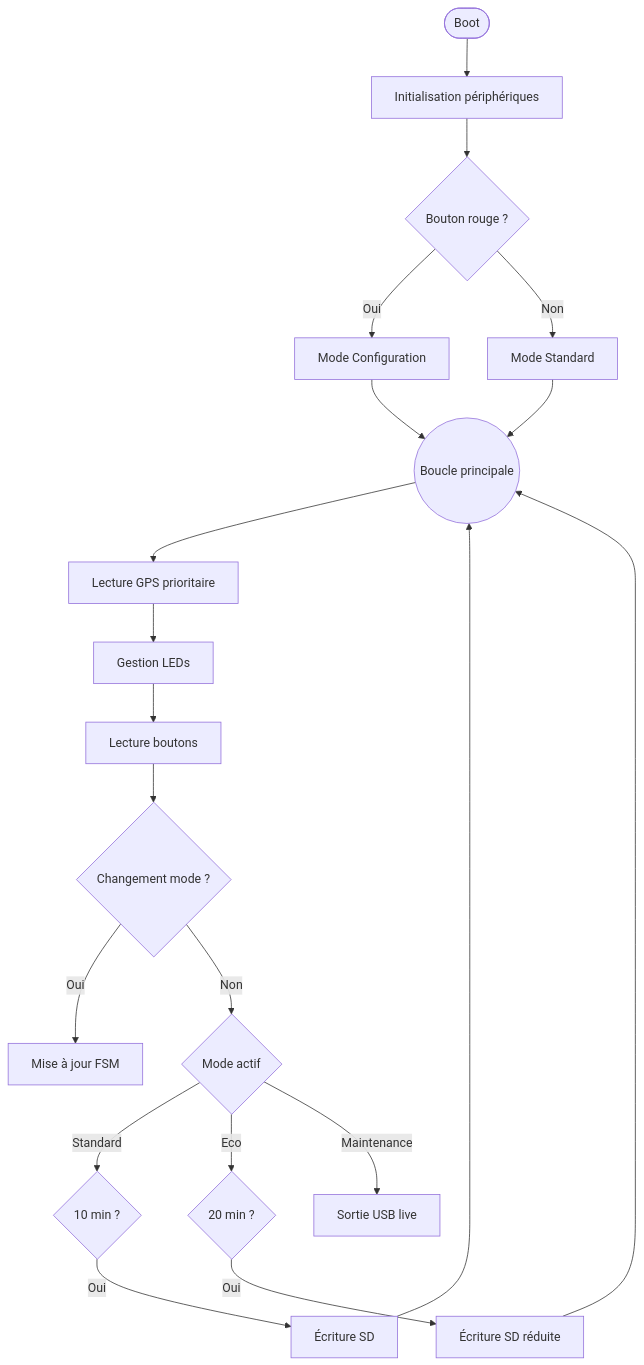
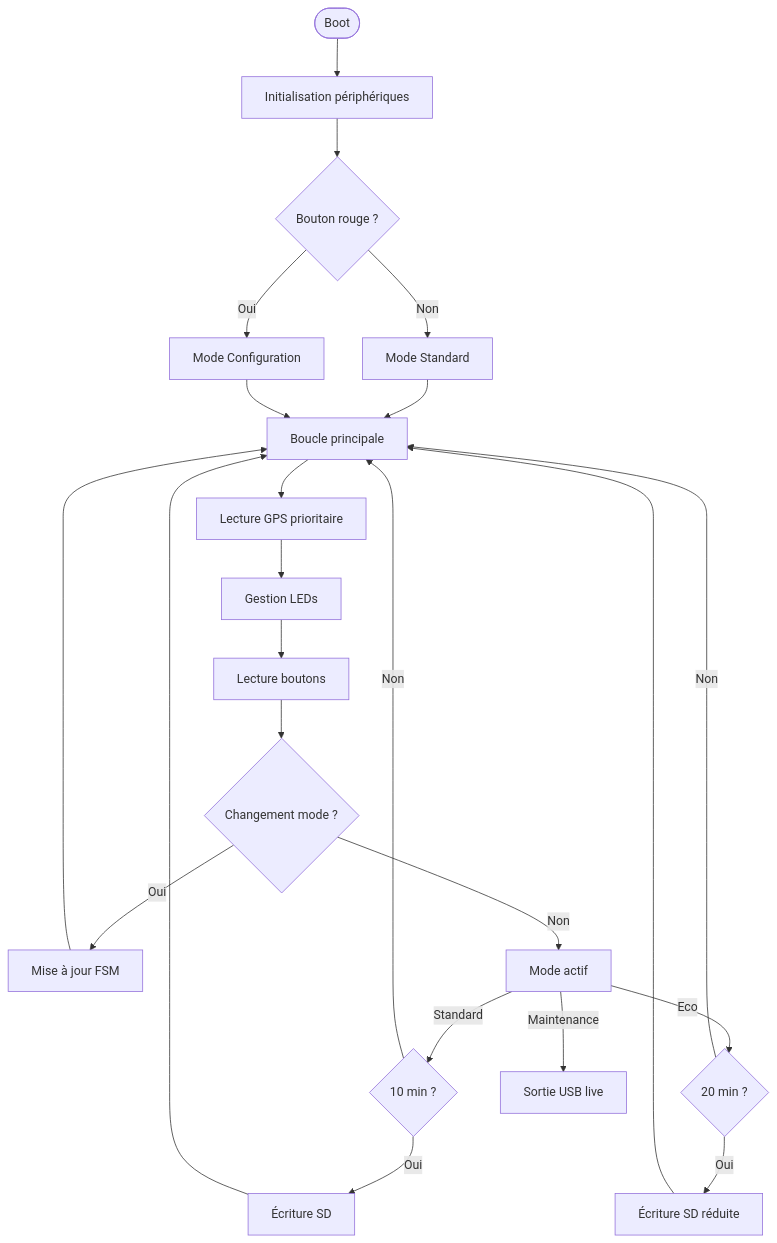
The second of 3 diagrams in README.md (elmatador778/Worldwide-Weather-Watcher), drawn with Mermaid before and after one commit.

````diff
--- a/README.md
+++ b/README.md
@@ -58,33 +58,34 @@
 ```mermaid
 flowchart TD
-
     START([Boot]) --> INIT[Initialisation périphériques]
     INIT --> CHECK{Bouton rouge ?}
 
     CHECK -- Oui --> CONFIG[Mode Configuration]
     CHECK -- Non --> STANDARD[Mode Standard]
 
-    STANDARD --> LOOP((Boucle principale))
+    STANDARD --> LOOP[Boucle principale]
     CONFIG --> LOOP
 
     LOOP --> GPS[Lecture GPS prioritaire]
     GPS --> LED[Gestion LEDs]
     LED --> BTN[Lecture boutons]
 
     BTN --> MODE{Changement mode ?}
     MODE -- Oui --> SWITCH[Mise à jour FSM]
-    MODE -- Non --> EXEC
-
-    EXEC{Mode actif}
+    MODE -- Non --> EXEC[Mode actif]
 
     EXEC -- Standard --> TIMER1{10 min ?}
     TIMER1 -- Oui --> SDWRITE[Écriture SD]
+    TIMER1 -- Non --> LOOP
 
     EXEC -- Eco --> TIMER2{20 min ?}
     TIMER2 -- Oui --> SDWRITE2[Écriture SD réduite]
+    TIMER2 -- Non --> LOOP
 
     EXEC -- Maintenance --> SERIAL[Sortie USB live]
 
     SDWRITE --> LOOP
     SDWRITE2 --> LOOP
+    SWITCH --> LOOP
+
 ```
````
